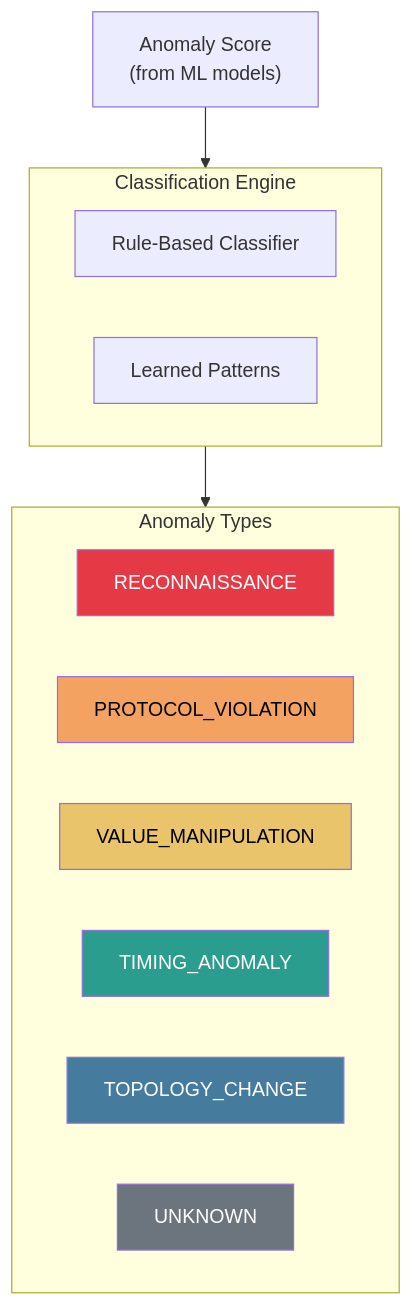
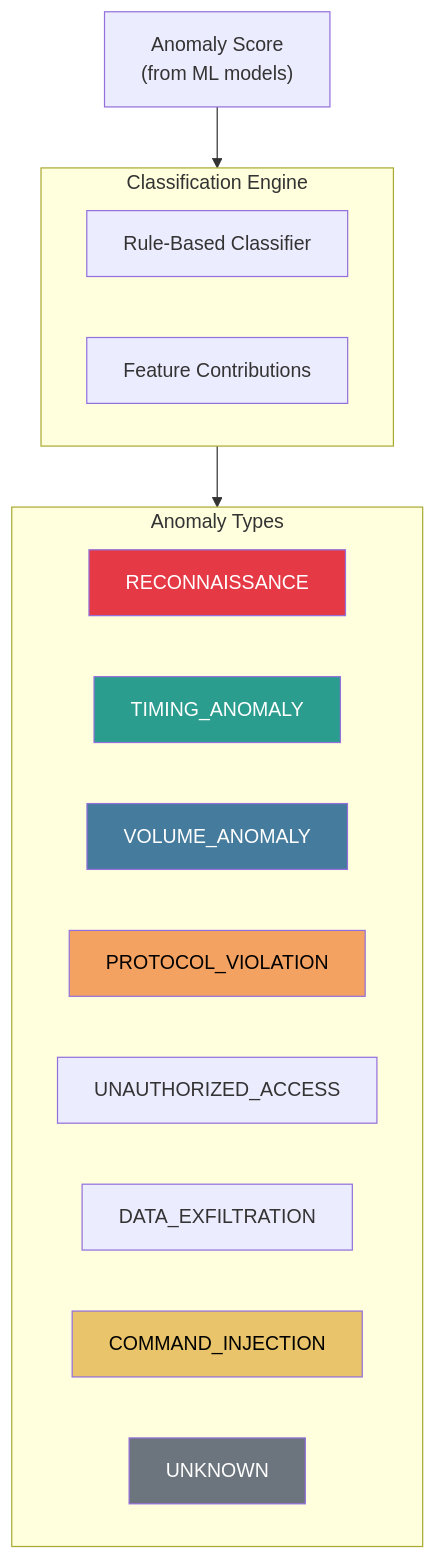
One commit to caverac/ics-anomaly-detection changed the first of 5 diagrams in packages/docs/docs/domain/anomaly-types.md. Above: the diagram before and after it, drawn with Mermaid. The commit also changed other lines of this file and 35 other files, not shown here.

````diff
--- a/packages/docs/docs/domain/anomaly-types.md
+++ b/packages/docs/docs/domain/anomaly-types.md
@@ -11,28 +11,30 @@
 ```mermaid
 flowchart TB
     SCORE["Anomaly Score<br/>(from ML models)"]
 
     subgraph Classification["Classification Engine"]
         RULES["Rule-Based Classifier"]
-        LEARNED["Learned Patterns"]
+        FEATURES["Feature Contributions"]
     end
 
     subgraph Types["Anomaly Types"]
         RECON["RECONNAISSANCE"]
+        TIMING["TIMING_ANOMALY"]
+        VOLUME["VOLUME_ANOMALY"]
         PROTO["PROTOCOL_VIOLATION"]
-        VALUE["VALUE_MANIPULATION"]
-        TIMING["TIMING_ANOMALY"]
-        TOPOLOGY["TOPOLOGY_CHANGE"]
+        UNAUTH["UNAUTHORIZED_ACCESS"]
+        EXFIL["DATA_EXFILTRATION"]
+        INJECT["COMMAND_INJECTION"]
         UNKNOWN["UNKNOWN"]
     end
 
     SCORE --> Classification
     Classification --> Types
 
     style RECON fill:#e63946,color:#fff
     style PROTO fill:#f4a261,color:#000
-    style VALUE fill:#e9c46a,color:#000
+    style INJECT fill:#e9c46a,color:#000
     style TIMING fill:#2a9d8f,color:#fff
-    style TOPOLOGY fill:#457b9d,color:#fff
+    style VOLUME fill:#457b9d,color:#fff
     style UNKNOWN fill:#6c757d,color:#fff
 ```
````
